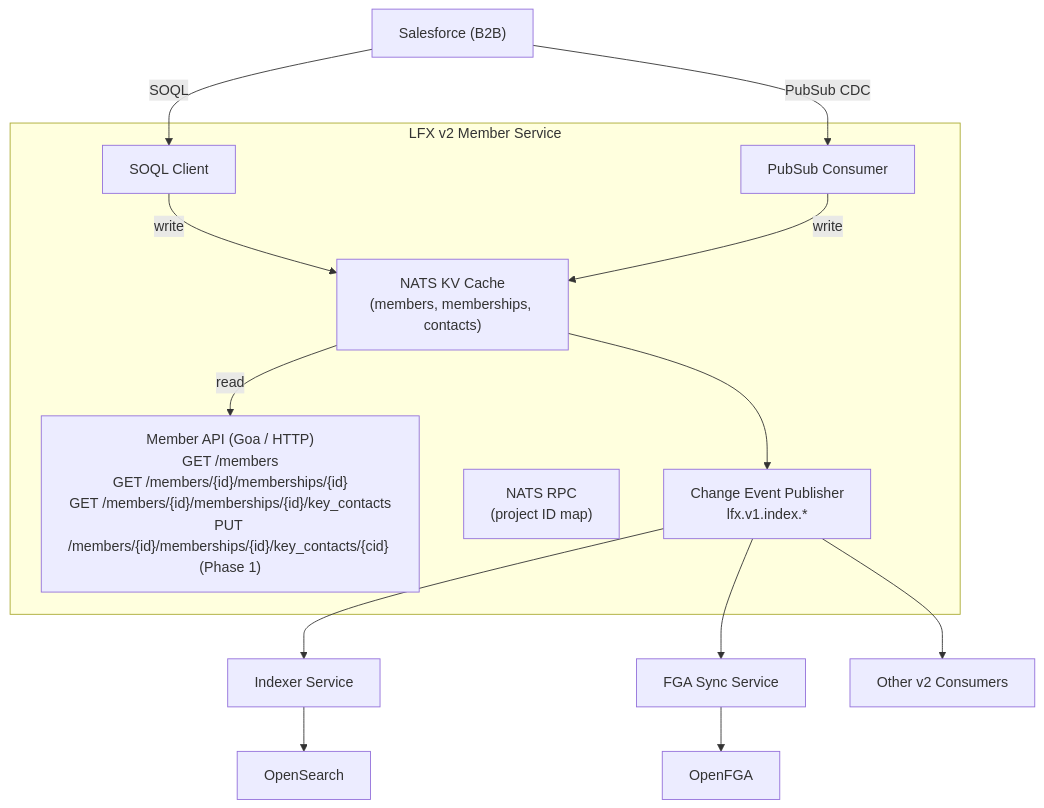
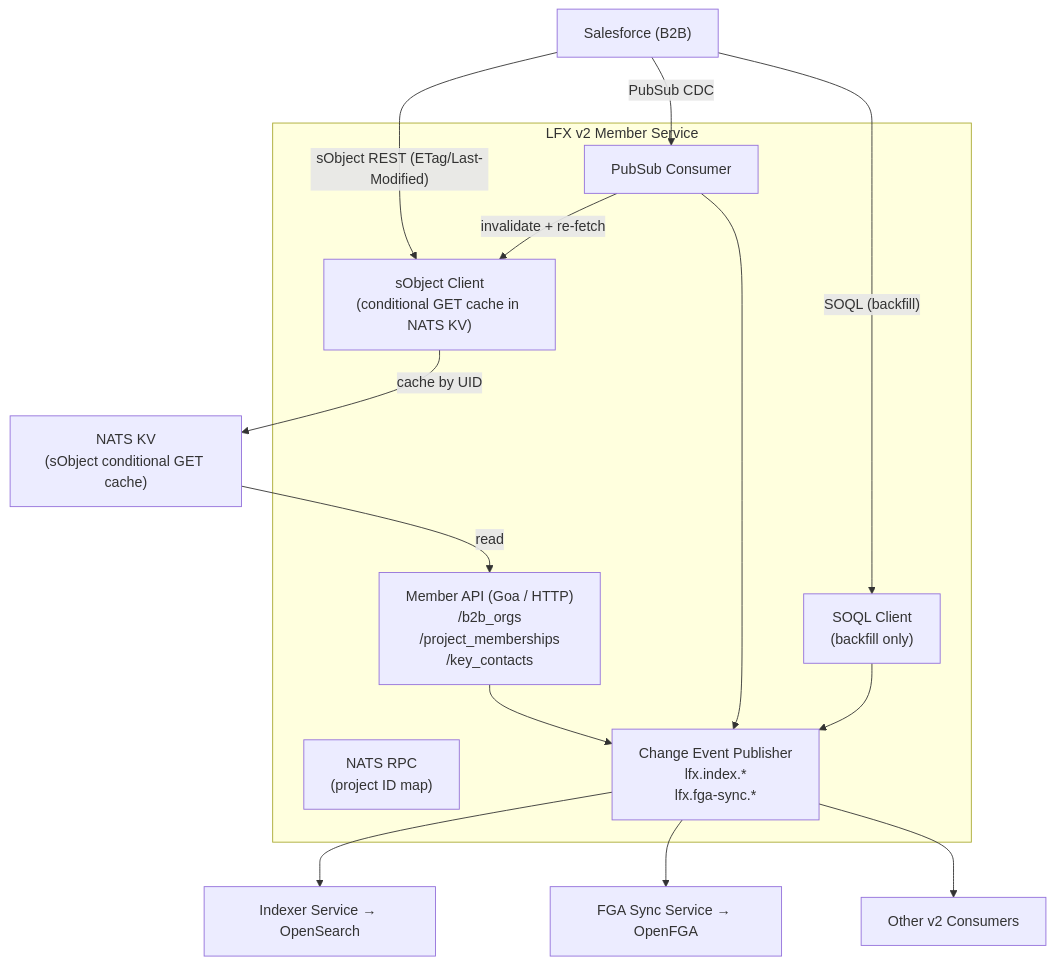
One commit to linuxfoundation/lfx-v2-project-service changed the diagram in ARCHITECTURE.md. Above: the diagram before and after it, drawn with Mermaid. The commit also changed other lines of this file, not shown here.

First line of the commit message:
docs: rewrite ARCHITECTURE.md for v2 idioms (LFXV2-1347)

````diff
--- a/ARCHITECTURE.md
+++ b/ARCHITECTURE.md
@@ -29,33 +111,31 @@
 ```mermaid
 flowchart TD
     SF["Salesforce (B2B)"]
 
     subgraph svc["LFX v2 Member Service"]
-        SOQL["SOQL Client"]
+        SObj["sObject Client\n(conditional GET cache in NATS KV)"]
+        SOQL["SOQL Client\n(backfill only)"]
         PubSub["PubSub Consumer"]
-        KV["NATS KV Cache<br />(members, memberships, contacts)"]
-        API["Member API (Goa / HTTP)<br />GET /members<br />GET /members/{id}/memberships/{id}<br />GET /members/{id}/memberships/{id}/key_contacts<br />PUT /members/{id}/memberships/{id}/key_contacts/{cid} (Phase 1)"]
-        RPC["NATS RPC<br />(project ID map)"]
-        PUB["Change Event Publisher<br />lfx.v1.index.*"]
+        API["Member API (Goa / HTTP)\n/b2b_orgs\n/project_memberships\n/key_contacts"]
+        RPC["NATS RPC\n(project ID map)"]
+        PUB["Change Event Publisher\nlfx.index.*\nlfx.fga-sync.*"]
     end
 
-    Indexer["Indexer Service"]
-    FGASync["FGA Sync Service"]
+    Indexer["Indexer Service → OpenSearch"]
+    FGASync["FGA Sync Service → OpenFGA"]
     Consumers["Other v2 Consumers"]
-    OpenSearch["OpenSearch"]
-    OpenFGA["OpenFGA"]
 
-    SF -- "SOQL" --> SOQL
+    SF -- "sObject REST (ETag/Last-Modified)" --> SObj
+    SF -- "SOQL (backfill)" --> SOQL
     SF -- "PubSub CDC" --> PubSub
-    SOQL -- "write" --> KV
-    PubSub -- "write" --> KV
+    SObj -- "cache by UID" --> KV["NATS KV\n(sObject conditional GET cache)"]
     KV -- "read" --> API
-    KV --> PUB
+    PubSub -- "invalidate + re-fetch" --> SObj
+    API --> PUB
+    PubSub --> PUB
+    SOQL --> PUB
 
     PUB --> Indexer
     PUB --> FGASync
     PUB --> Consumers
-
-    Indexer --> OpenSearch
-    FGASync --> OpenFGA
 ```
````
